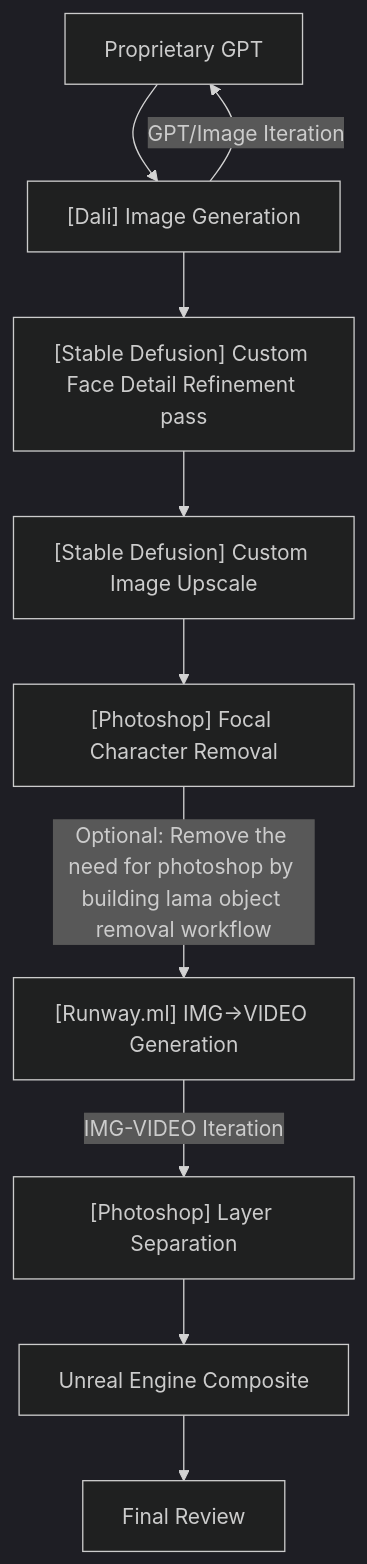
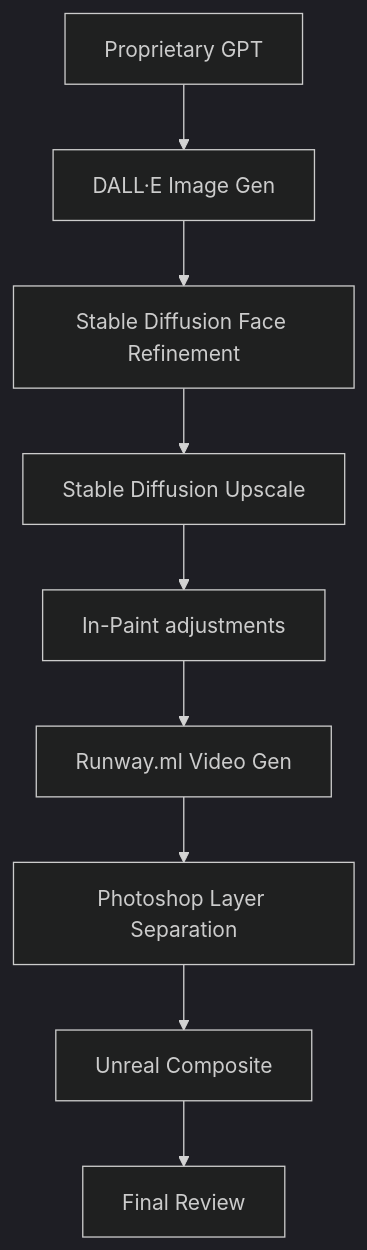
One commit to diamond-one/hybrid-AI-animated-shorts-pipeline changed the diagram in bg-Character-workflow.md. Above: the diagram before and after it, drawn with Mermaid (dark theme). The commit also changed 7 other files, not shown here.

````diff
--- a/bg-Character-workflow.md
+++ b/bg-Character-workflow.md
@@ -3,23 +3,22 @@
 ```mermaid
 flowchart TD
     node1["Proprietary GPT"]
-    node2["[Dali] Image Generation"]
-    node2a["[Photoshop] Focal Character Removal"]
-    node4["[Stable Defusion] Custom Face Detail Refinement pass"]
-    node5["[Stable Defusion] Custom Image Upscale"]
-    node6["[Runway.ml] IMG->VIDEO Generation"]
-    node7["[Photoshop] Layer Separation"]
-    node8["Unreal Engine Composite"]
+    node2["DALL·E Image Gen"]
+    node2a["In-Paint adjustments"]
+    node4["Stable Diffusion Face Refinement"]
+    node5["Stable Diffusion Upscale"]
+    node6["Runway.ml Video Gen"]
+    node7["Photoshop Layer Separation"]
+    node8["Unreal Composite"]
     node9["Final Review"]
 
     node1 --> node2
-    node2 -- GPT/Image Iteration--> node1
     node2 --> node4
     node4 --> node5
     node5 --> node2a
-    node2a--Optional: Remove the need for photoshop by building lama object removal workflow--> node6
-    node6 --IMG-VIDEO Iteration --> node7
+    node2a --> node6
+    node6 --> node7
     node7 --> node8
     node8 --> node9
 
 ```
````
